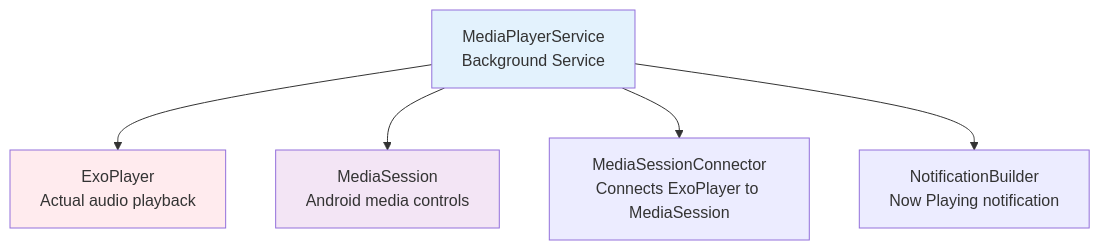
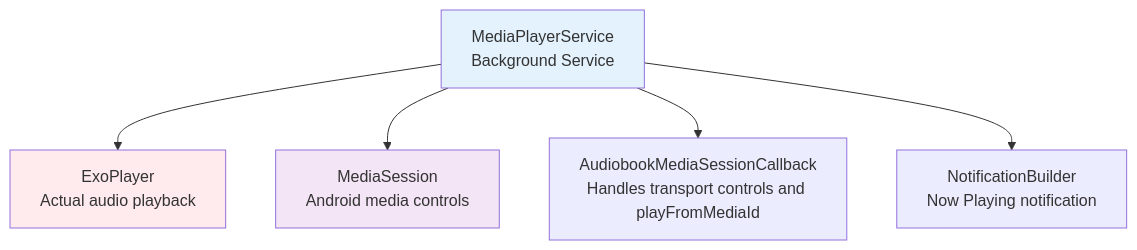
Before and after one commit to alebianco/chronicle: the fourth of 5 diagrams in backlog/docs/reference/02-architecture.md, drawn with Mermaid. The commit also changed other lines of this file and 29 other files, not shown here.

````diff
--- a/backlog/docs/reference/02-architecture.md
+++ b/backlog/docs/reference/02-architecture.md
@@ -127,17 +122,17 @@
 ```mermaid
 graph TD
     A[MediaPlayerService<br/>Background Service]
     B[ExoPlayer<br/>Actual audio playback]
     C[MediaSession<br/>Android media controls]
-    D[MediaSessionConnector<br/>Connects ExoPlayer to MediaSession]
+    D[AudiobookMediaSessionCallback<br/>Handles transport controls and playFromMediaId]
     E[NotificationBuilder<br/>Now Playing notification]
     
     A --> B
     A --> C
     A --> D
     A --> E
     
     style A fill:#e3f2fd
     style B fill:#ffebee
     style C fill:#f3e5f5
 ```
````
